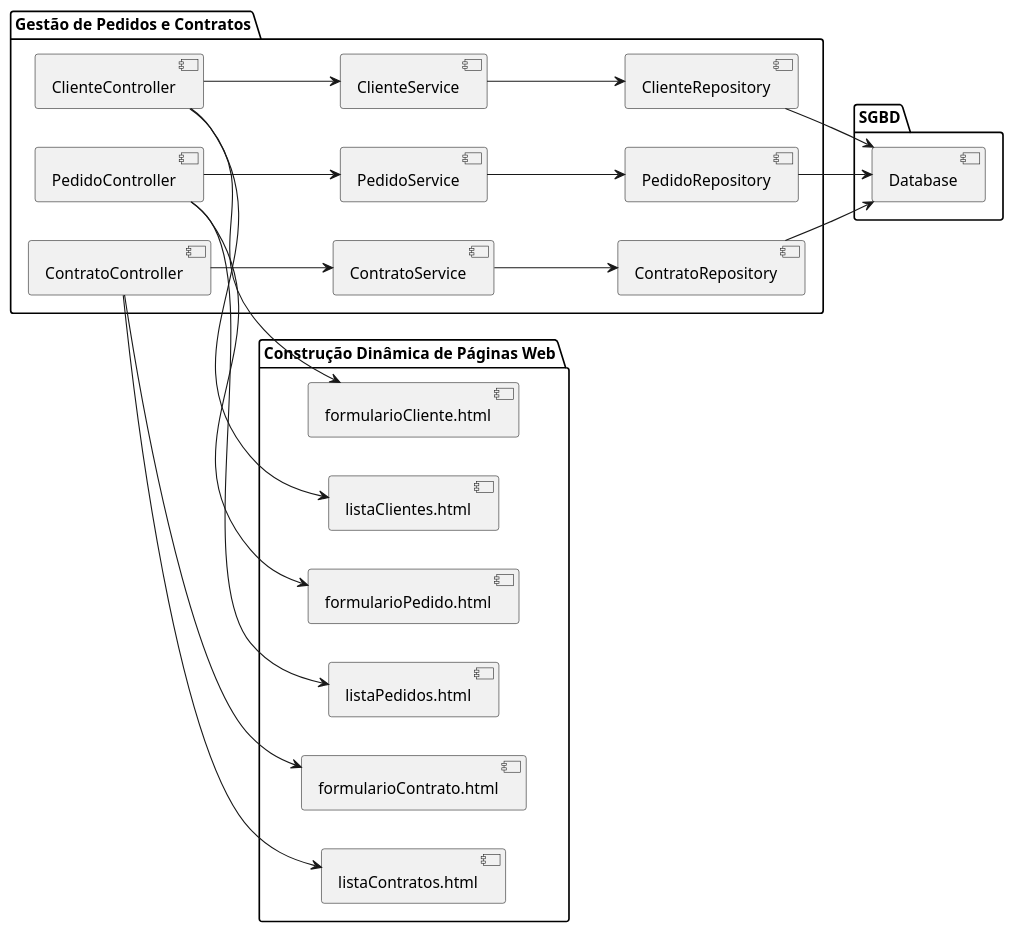
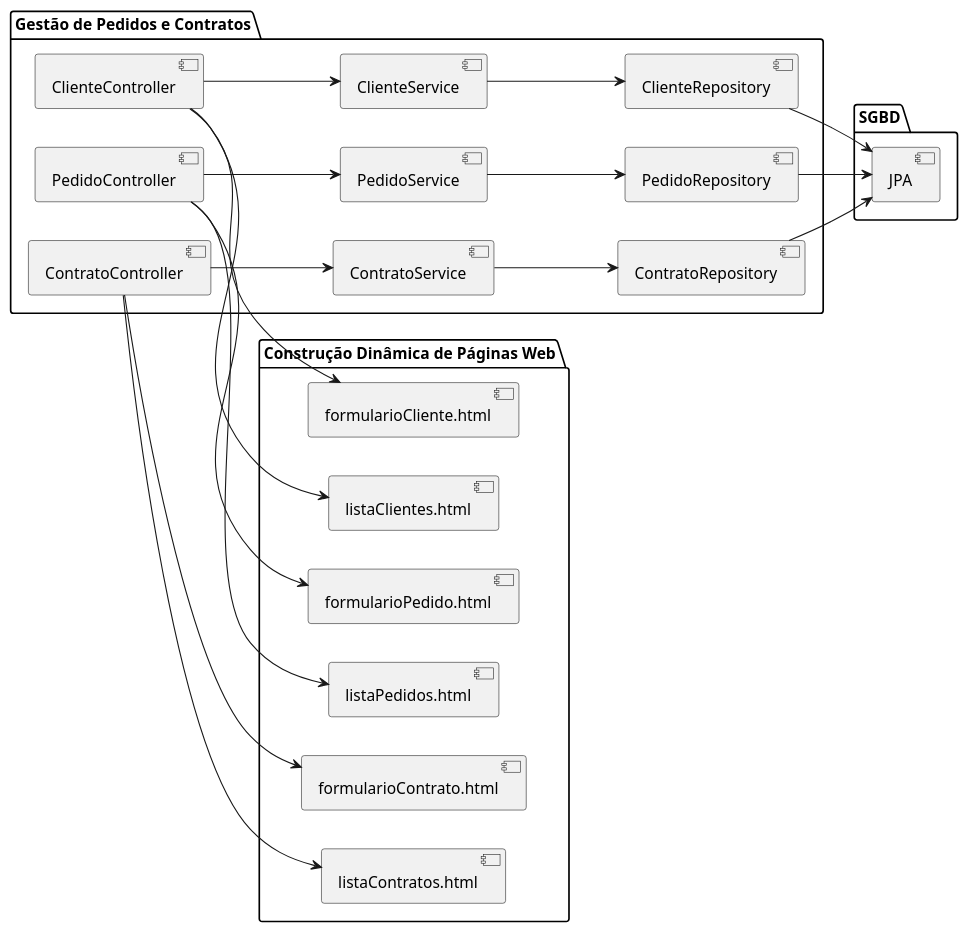
One commit to PedroRamos98/Aluguel-De-Carros changed the diagram in project/code/DiagramaDeComponentes.puml. Above: the diagram before and after it, drawn with PlantUML. The commit also changed 10 other files, not shown here.

```diff
--- a/project/code/DiagramaDeComponentes.puml
+++ b/project/code/DiagramaDeComponentes.puml
@@ -1,49 +1,49 @@
 @startuml
 
 left to right direction
 package "Gestão de Pedidos e Contratos" {
   [ClienteController]
   [PedidoController]
   [ContratoController]
   [ClienteService]
   [PedidoService]
   [ContratoService]
   [ClienteRepository]
   [PedidoRepository]
   [ContratoRepository]
 
 }
 
 package "SGBD"{
-  [Database]
+  [JPA]
  }
 
 package "Construção Dinâmica de Páginas Web" {
   [formularioCliente.html]
   [listaClientes.html]
   [formularioPedido.html]
   [listaPedidos.html]
   [formularioContrato.html]
   [listaContratos.html]
 }
 
 [ClienteController] --> [ClienteService]
 [PedidoController] --> [PedidoService]
 [ContratoController] --> [ContratoService]
 
 [ClienteService] --> [ClienteRepository]
 [PedidoService] --> [PedidoRepository]
 [ContratoService] --> [ContratoRepository]
 
-[ClienteRepository] --> [Database]
-[PedidoRepository] --> [Database]
-[ContratoRepository] --> [Database]
+[ClienteRepository] --> [JPA]
+[PedidoRepository] --> [JPA]
+[ContratoRepository] --> [JPA]
 
 [ClienteController] --> [formularioCliente.html]
 [ClienteController] --> [listaClientes.html]
 [PedidoController] --> [formularioPedido.html]
 [PedidoController] --> [listaPedidos.html]
 [ContratoController] --> [formularioContrato.html]
 [ContratoController] --> [listaContratos.html]
 
 @enduml
```
